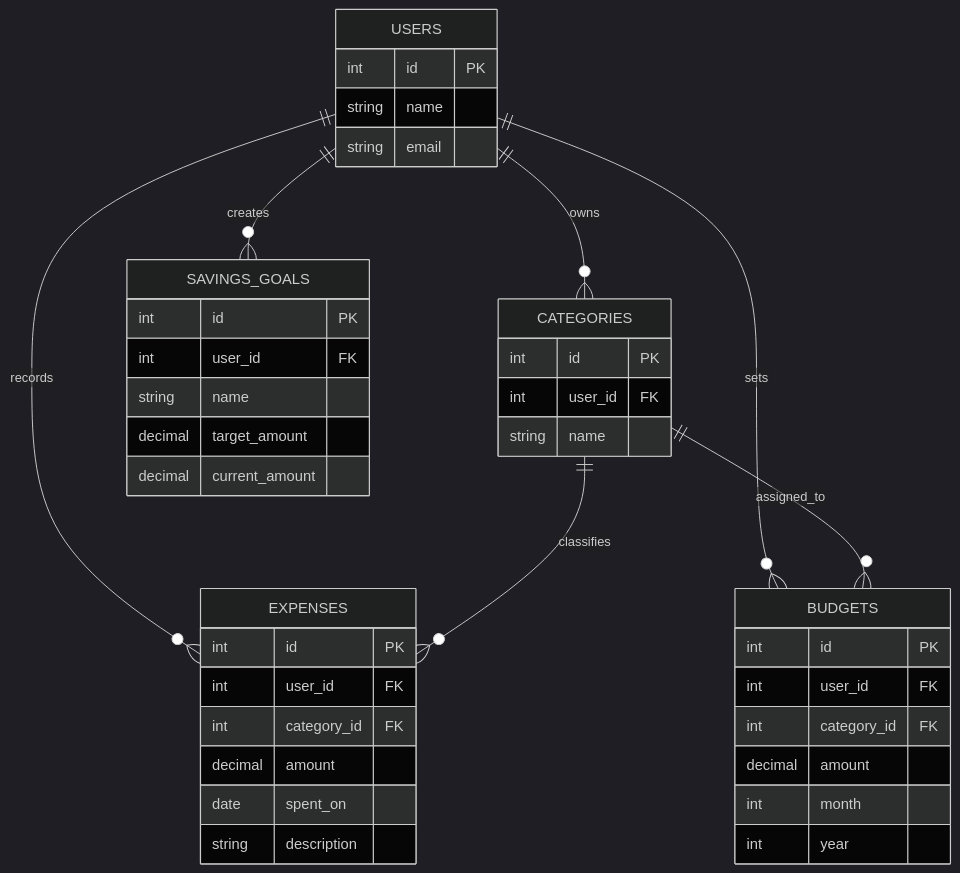
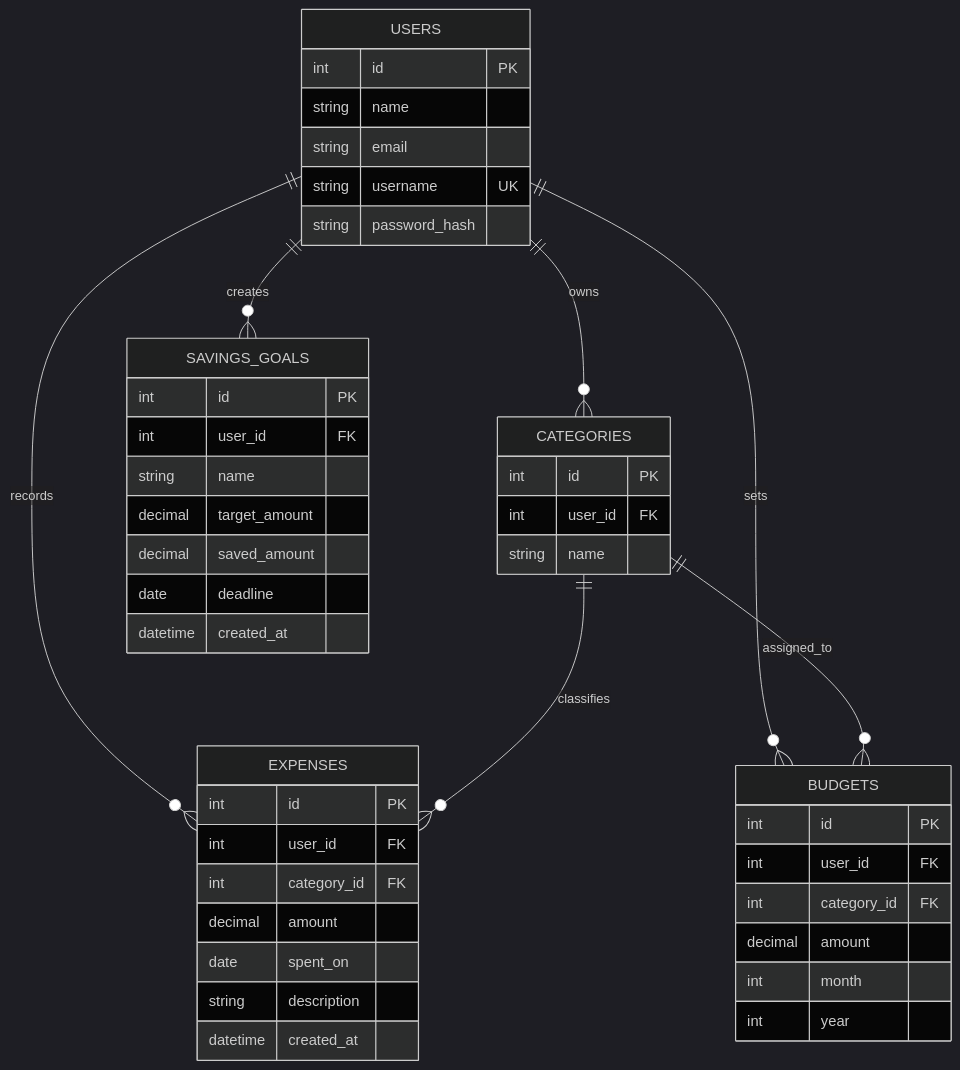
The third of 3 diagrams in README.md (Shubhashree-Badiger/FinTrack), drawn with Mermaid (dark theme) before and after one commit. The commit also changed other lines of this file, not shown here.

````diff
--- a/README.md
+++ b/README.md
@@ -225,47 +268,52 @@
 ```mermaid
 erDiagram
     USERS ||--o{ CATEGORIES : owns
     USERS ||--o{ EXPENSES : records
     USERS ||--o{ BUDGETS : sets
     USERS ||--o{ SAVINGS_GOALS : creates
     CATEGORIES ||--o{ EXPENSES : classifies
     CATEGORIES ||--o{ BUDGETS : assigned_to
 
     USERS {
         int id PK
         string name
         string email
+        string username UK
+        string password_hash
     }
 
     CATEGORIES {
         int id PK
         int user_id FK
         string name
     }
 
     EXPENSES {
         int id PK
         int user_id FK
         int category_id FK
         decimal amount
         date spent_on
         string description
+        datetime created_at
     }
 
     BUDGETS {
         int id PK
         int user_id FK
         int category_id FK
         decimal amount
         int month
         int year
     }
 
     SAVINGS_GOALS {
         int id PK
         int user_id FK
         string name
         decimal target_amount
-        decimal current_amount
+        decimal saved_amount
+        date deadline
+        datetime created_at
     }
 ```
````
